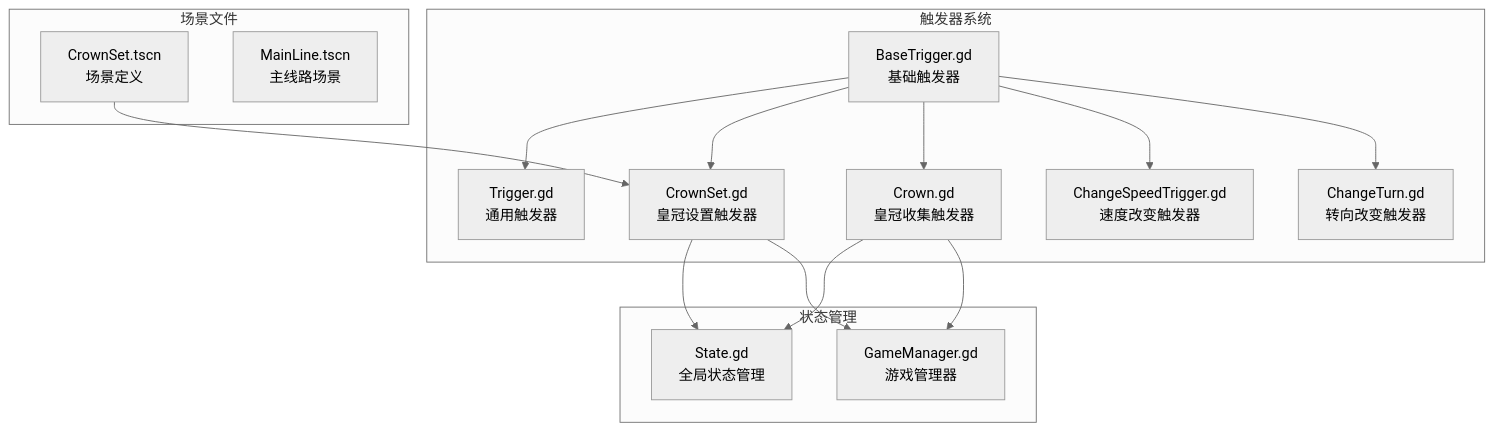
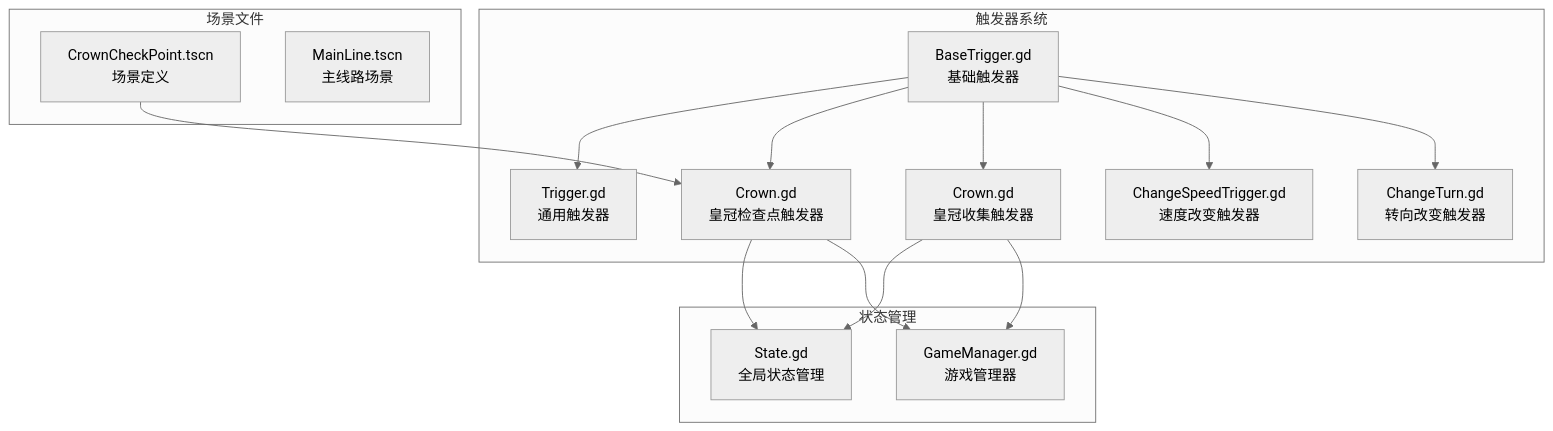
One commit to godotline/godot-line changed the first of 7 diagrams in .qoder/repowiki/zh/content/游戏系统/触发器系统/CrownSet触发器.md. Above: the diagram before and after it, drawn with Mermaid (neutral theme). The commit also changed other lines of this file and 17 other files, not shown here.

````diff
--- a/.qoder/repowiki/zh/content/游戏系统/触发器系统/CrownSet触发器.md
+++ b/.qoder/repowiki/zh/content/游戏系统/触发器系统/CrownSet触发器.md
@@ -37,29 +36,29 @@
 ```mermaid
 graph TB
 subgraph "触发器系统"
 BaseTrigger[BaseTrigger.gd<br/>基础触发器]
 Trigger[Trigger.gd<br/>通用触发器]
-CrownSet[CrownSet.gd<br/>皇冠设置触发器]
+CrownCheckPoint[Crown.gd<br/>皇冠检查点触发器]
 Crown[Crown.gd<br/>皇冠收集触发器]
 ChangeSpeed[ChangeSpeedTrigger.gd<br/>速度改变触发器]
 ChangeTurn[ChangeTurn.gd<br/>转向改变触发器]
 end
 subgraph "状态管理"
 State[State.gd<br/>全局状态管理]
 GameManager[GameManager.gd<br/>游戏管理器]
 end
 subgraph "场景文件"
-CrownSetScene[CrownSet.tscn<br/>场景定义]
+CrownCheckPointScene[CrownCheckPoint.tscn<br/>场景定义]
 MainLine[MainLine.tscn<br/>主线路场景]
 end
 BaseTrigger --> Trigger
-BaseTrigger --> CrownSet
+BaseTrigger --> CrownCheckPoint
 BaseTrigger --> Crown
 BaseTrigger --> ChangeSpeed
 BaseTrigger --> ChangeTurn
-CrownSet --> State
-CrownSet --> GameManager
+CrownCheckPoint --> State
+CrownCheckPoint --> GameManager
 Crown --> State
 Crown --> GameManager
-CrownSetScene --> CrownSet
+CrownCheckPointScene --> CrownCheckPoint
 ```
````
